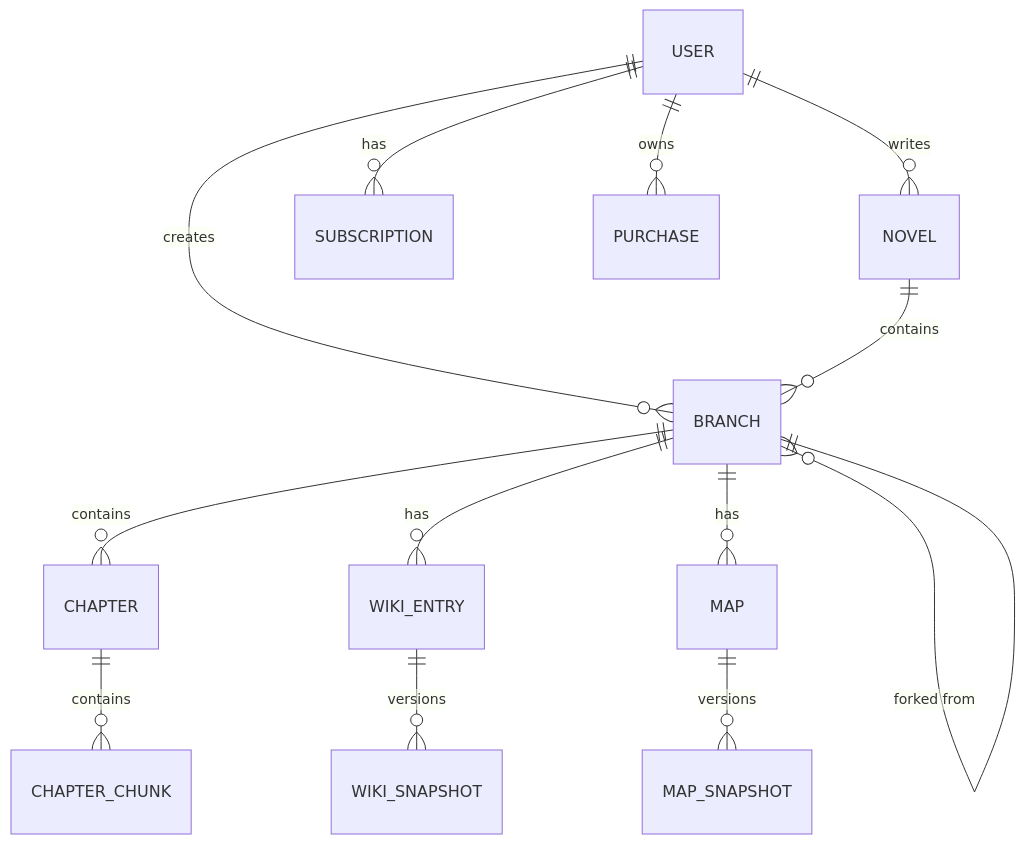
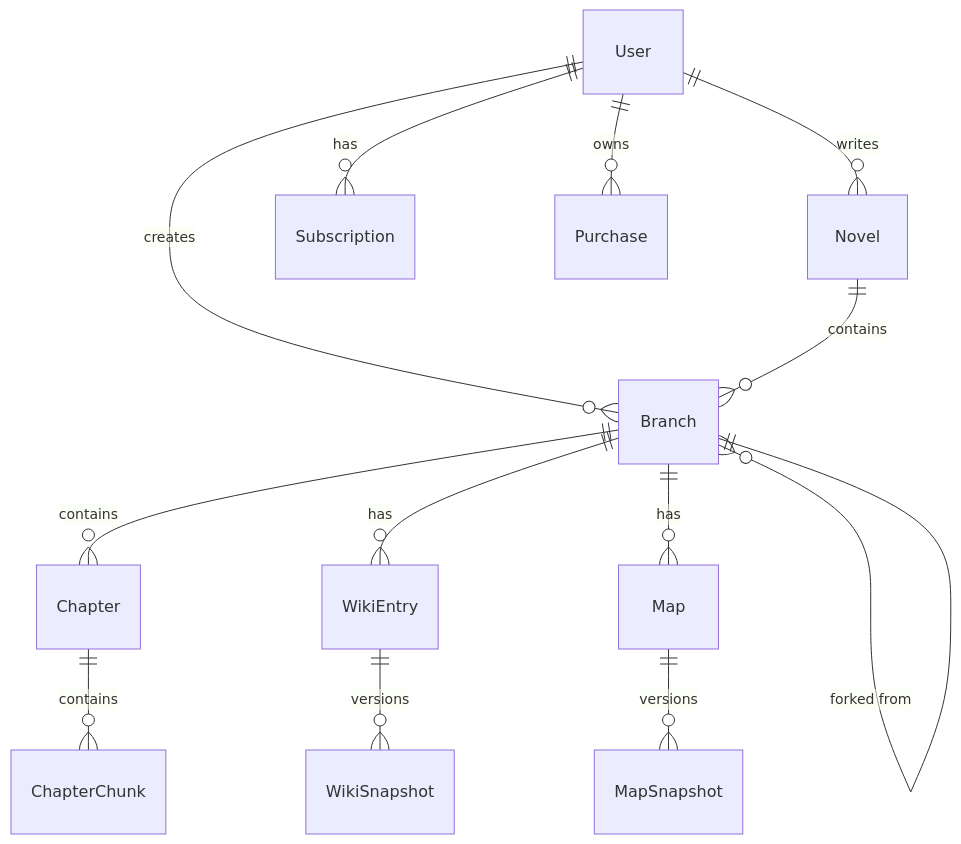
The diagram in docs/backend-architecture.md (hueyjeong/ForkLore), drawn with Mermaid before and after one commit. The commit also changed other lines of this file and 201 other files, not shown here.

````diff
--- a/docs/backend-architecture.md
+++ b/docs/backend-architecture.md
@@ -264,18 +230,18 @@
 ```mermaid
 erDiagram
-    USER ||--o{ NOVEL : writes
-    USER ||--o{ BRANCH : creates
-    USER ||--o{ SUBSCRIPTION : has
-    USER ||--o{ PURCHASE : owns
+    User ||--o{ Novel : writes
+    User ||--o{ Branch : creates
+    User ||--o{ Subscription : has
+    User ||--o{ Purchase : owns
     
-    NOVEL ||--o{ BRANCH : contains
+    Novel ||--o{ Branch : contains
     
-    BRANCH ||--o{ CHAPTER : contains
-    BRANCH ||--o{ WIKI_ENTRY : has
-    BRANCH ||--o{ MAP : has
-    BRANCH }o--|| BRANCH : "forked from"
+    Branch ||--o{ Chapter : contains
+    Branch ||--o{ WikiEntry : has
+    Branch ||--o{ Map : has
+    Branch }o--|| Branch : "forked from"
     
-    CHAPTER ||--o{ CHAPTER_CHUNK : contains
-    WIKI_ENTRY ||--o{ WIKI_SNAPSHOT : versions
-    MAP ||--o{ MAP_SNAPSHOT : versions
+    Chapter ||--o{ ChapterChunk : contains
+    WikiEntry ||--o{ WikiSnapshot : versions
+    Map ||--o{ MapSnapshot : versions
 ```
````
